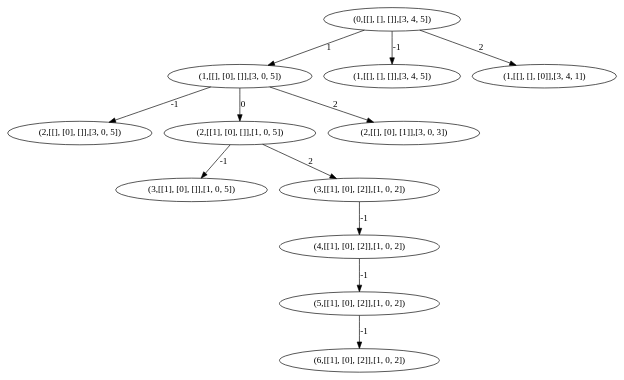
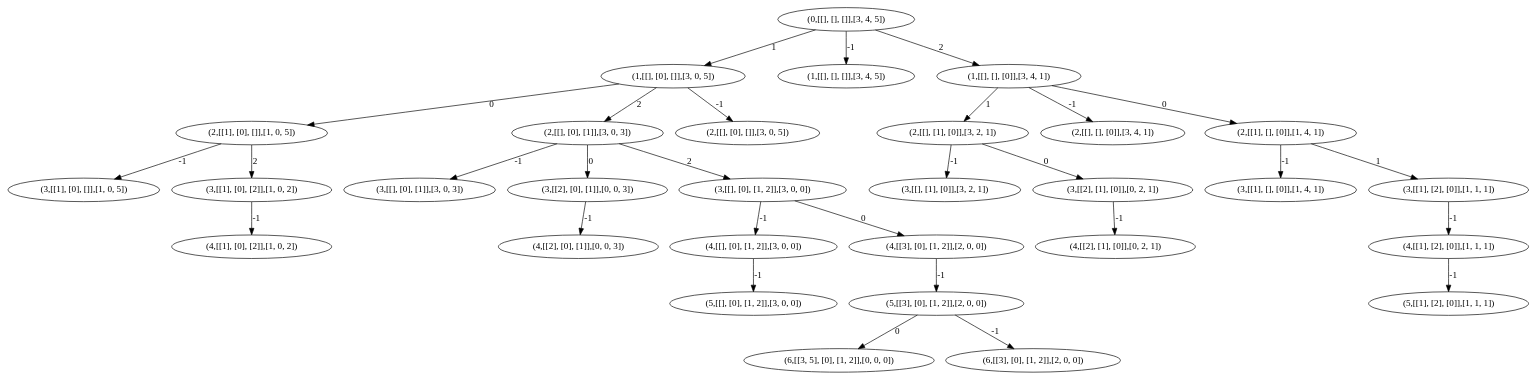
One commit to Gallardo7761/PI5 changed the diagram in generated/ej1AStar2.dot. Above: the diagram before and after it, drawn with Graphviz. The commit also changed 6 other files, not shown here.

```diff
--- a/generated/ej1AStar2.dot
+++ b/generated/ej1AStar2.dot
@@ -1,25 +1,61 @@
 strict digraph G {
-  1 [ label="(2,[[], [0], []],[3, 0, 5])" ];
-  2 [ label="(1,[[], [0], []],[3, 0, 5])" ];
-  3 [ label="(3,[[1], [0], []],[1, 0, 5])" ];
-  4 [ label="(2,[[1], [0], []],[1, 0, 5])" ];
-  5 [ label="(2,[[], [0], [1]],[3, 0, 3])" ];
-  6 [ label="(6,[[1], [0], [2]],[1, 0, 2])" ];
-  7 [ label="(0,[[], [], []],[3, 4, 5])" ];
-  8 [ label="(5,[[1], [0], [2]],[1, 0, 2])" ];
-  9 [ label="(1,[[], [], []],[3, 4, 5])" ];
-  10 [ label="(4,[[1], [0], [2]],[1, 0, 2])" ];
-  11 [ label="(3,[[1], [0], [2]],[1, 0, 2])" ];
-  12 [ label="(1,[[], [], [0]],[3, 4, 1])" ];
-  2 -> 1 [ label="-1" ];
-  7 -> 2 [ label="1" ];
-  4 -> 3 [ label="-1" ];
-  2 -> 4 [ label="0" ];
-  2 -> 5 [ label="2" ];
-  8 -> 6 [ label="-1" ];
-  10 -> 8 [ label="-1" ];
-  7 -> 9 [ label="-1" ];
-  11 -> 10 [ label="-1" ];
+  1 [ label="(3,[[], [0], [1]],[3, 0, 3])" ];
+  2 [ label="(3,[[1], [0], []],[1, 0, 5])" ];
+  3 [ label="(2,[[1], [0], []],[1, 0, 5])" ];
+  4 [ label="(2,[[], [0], [1]],[3, 0, 3])" ];
+  5 [ label="(4,[[], [0], [1, 2]],[3, 0, 0])" ];
+  6 [ label="(4,[[1], [0], [2]],[1, 0, 2])" ];
+  7 [ label="(4,[[2], [0], [1]],[0, 0, 3])" ];
+  8 [ label="(5,[[], [0], [1, 2]],[3, 0, 0])" ];
+  9 [ label="(3,[[1], [0], [2]],[1, 0, 2])" ];
+  10 [ label="(3,[[2], [0], [1]],[0, 0, 3])" ];
+  11 [ label="(3,[[], [0], [1, 2]],[3, 0, 0])" ];
+  12 [ label="(3,[[1], [], [0]],[1, 4, 1])" ];
+  13 [ label="(2,[[], [0], []],[3, 0, 5])" ];
+  14 [ label="(1,[[], [0], []],[3, 0, 5])" ];
+  15 [ label="(3,[[], [1], [0]],[3, 2, 1])" ];
+  16 [ label="(5,[[1], [2], [0]],[1, 1, 1])" ];
+  17 [ label="(4,[[1], [2], [0]],[1, 1, 1])" ];
+  18 [ label="(6,[[3, 5], [0], [1, 2]],[0, 0, 0])" ];
+  19 [ label="(0,[[], [], []],[3, 4, 5])" ];
+  20 [ label="(3,[[1], [2], [0]],[1, 1, 1])" ];
+  21 [ label="(1,[[], [], []],[3, 4, 5])" ];
+  22 [ label="(2,[[], [1], [0]],[3, 2, 1])" ];
+  23 [ label="(2,[[], [], [0]],[3, 4, 1])" ];
+  24 [ label="(4,[[2], [1], [0]],[0, 2, 1])" ];
+  25 [ label="(3,[[2], [1], [0]],[0, 2, 1])" ];
+  26 [ label="(1,[[], [], [0]],[3, 4, 1])" ];
+  27 [ label="(4,[[3], [0], [1, 2]],[2, 0, 0])" ];
+  28 [ label="(2,[[1], [], [0]],[1, 4, 1])" ];
+  29 [ label="(5,[[3], [0], [1, 2]],[2, 0, 0])" ];
+  30 [ label="(6,[[3], [0], [1, 2]],[2, 0, 0])" ];
+  4 -> 1 [ label="-1" ];
+  3 -> 2 [ label="-1" ];
+  14 -> 3 [ label="0" ];
+  14 -> 4 [ label="2" ];
+  11 -> 5 [ label="-1" ];
+  9 -> 6 [ label="-1" ];
+  10 -> 7 [ label="-1" ];
+  5 -> 8 [ label="-1" ];
+  3 -> 9 [ label="2" ];
+  4 -> 10 [ label="0" ];
   4 -> 11 [ label="2" ];
-  7 -> 12 [ label="2" ];
+  28 -> 12 [ label="-1" ];
+  14 -> 13 [ label="-1" ];
+  19 -> 14 [ label="1" ];
+  22 -> 15 [ label="-1" ];
+  17 -> 16 [ label="-1" ];
+  20 -> 17 [ label="-1" ];
+  29 -> 18 [ label="0" ];
+  28 -> 20 [ label="1" ];
+  19 -> 21 [ label="-1" ];
+  26 -> 22 [ label="1" ];
+  26 -> 23 [ label="-1" ];
+  25 -> 24 [ label="-1" ];
+  22 -> 25 [ label="0" ];
+  19 -> 26 [ label="2" ];
+  11 -> 27 [ label="0" ];
+  26 -> 28 [ label="0" ];
+  27 -> 29 [ label="-1" ];
+  29 -> 30 [ label="-1" ];
 }
```
